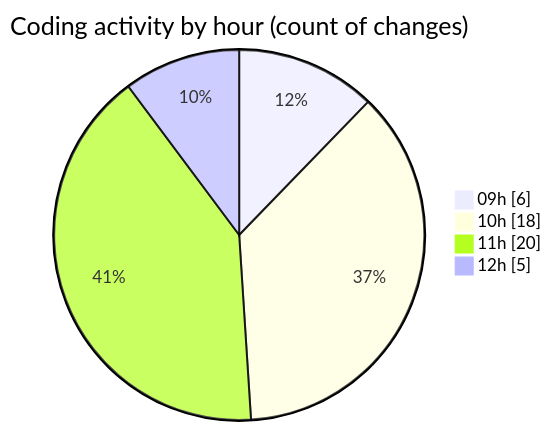
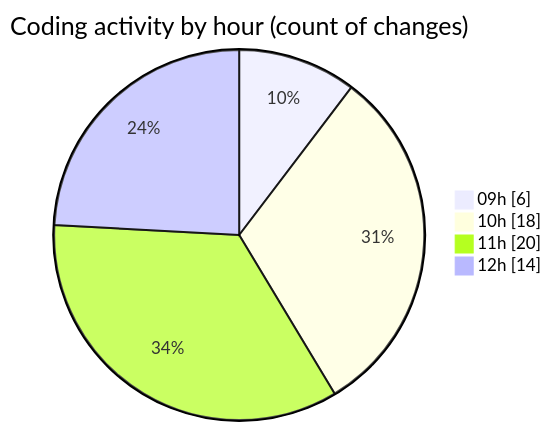
The second of 2 diagrams in 2025-06-20/cda/README.md (momahboobian/code-tracking), drawn with Mermaid before and after one commit. The commit also changed other lines of this file and 1 other file, not shown here.

````diff
--- a/2025-06-20/cda/README.md
+++ b/2025-06-20/cda/README.md
@@ -49,8 +50,8 @@
 ```mermaid
 pie showData
 title Coding activity by hour (count of changes)
 "09h" : 6
 "10h" : 18
 "11h" : 20
-"12h" : 5
+"12h" : 14
 ```
````
